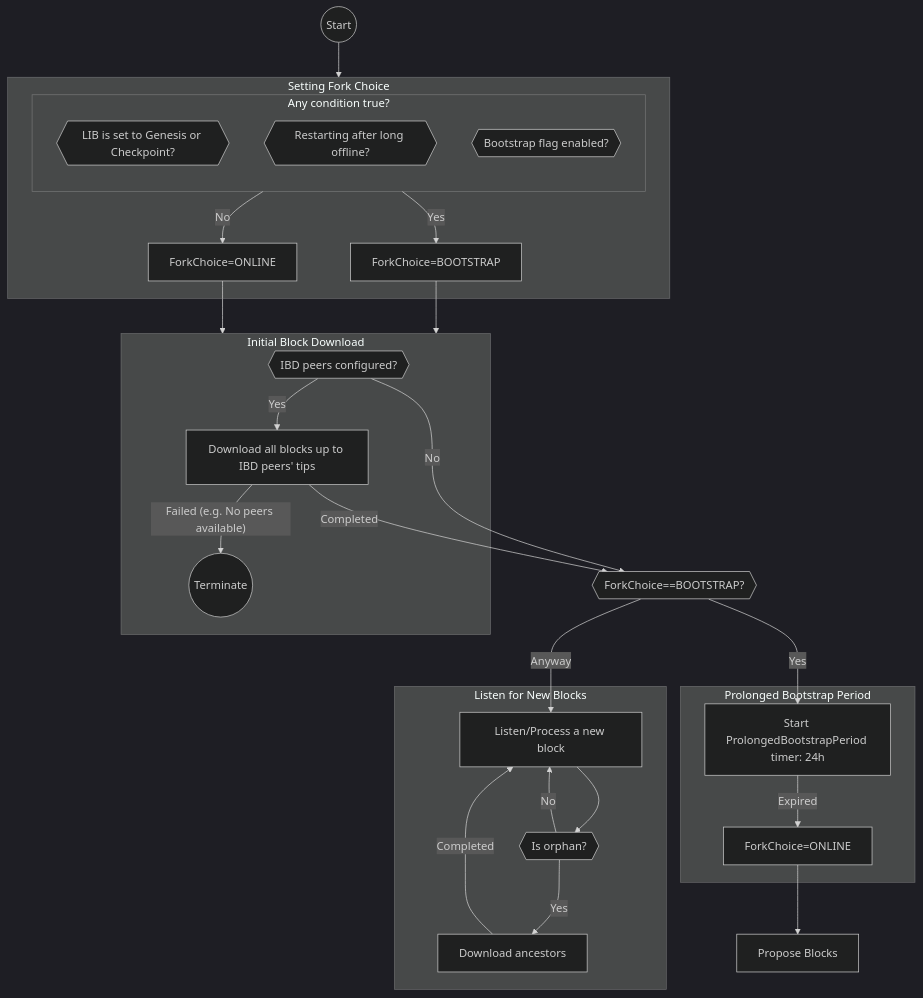
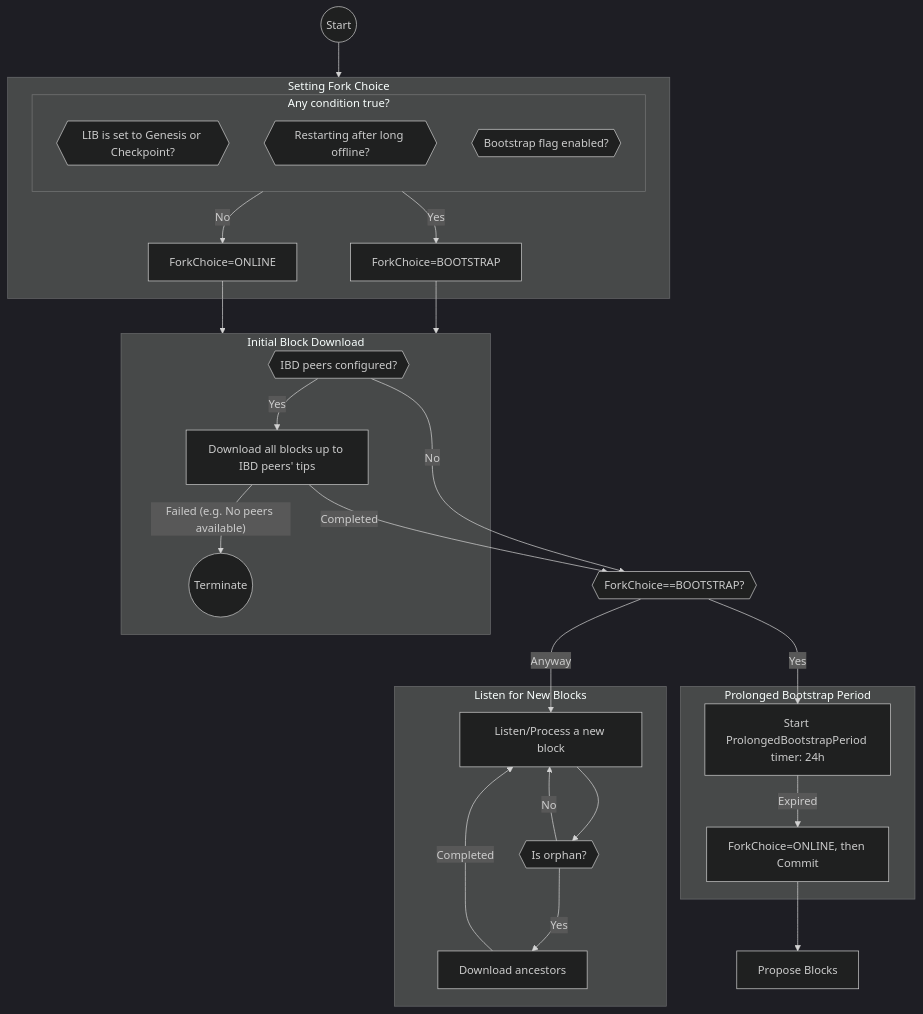
The first of 2 diagrams in docs/blockchain/raw/cryptarchia-v1-bootstr-sync.md (logos-co/logos-lips), drawn with Mermaid (dark theme) before and after one commit. The commit also changed other lines of this file and 2 other files, not shown here.

Commit message:
docs(blockchain): run commit at the switch to the Online rule

````diff
--- a/docs/blockchain/raw/cryptarchia-v1-bootstr-sync.md
+++ b/docs/blockchain/raw/cryptarchia-v1-bootstr-sync.md
@@ -57,36 +58,36 @@
 ```mermaid
 flowchart TD
     Start@{shape: circle, label: "Start"} --> SettingForkChoice
     subgraph SettingForkChoice[Setting Fork Choice]
         subgraph CheckBoostrap[Any condition true?]
             direction TB
             Cond1{{LIB is set to Genesis or Checkpoint?}}
             Cond2{{Restarting after long offline?}}
             Cond3{{Bootstrap flag enabled?}}
         end
     CheckBoostrap -->|Yes| SetBootstrap[ForkChoice=BOOTSTRAP]
     CheckBoostrap -->|No| SetOnline[ForkChoice=ONLINE]
     end
 
     SetBootstrap --> IBD
     SetOnline --> IBD
     subgraph IBD[Initial Block Download]
       IBDPeersConfigured{{IBD peers configured?}} --> |Yes|DownloadUpToTips
         DownloadUpToTips[Download all blocks up to IBD peers' tips] --> |"Failed (e.g. No peers available)"| Terminate@{shape: circle, label: "Terminate"}
     end
     IBDPeersConfigured --> |No|IsBootstrapRule
     DownloadUpToTips -->|Completed|IsBootstrapRule
     IsBootstrapRule{{ForkChoice==BOOTSTRAP?}}
     IsBootstrapRule -->|Yes|StartBootstrapPeriod
     IsBootstrapRule -->|Anyway|NewBlocks
     subgraph Prolonged Bootstrap Period
-        StartBootstrapPeriod[Start ProlongedBootstrapPeriod timer: 24h] --> |Expired|SetOnlineAfterBootstrap[ForkChoice=ONLINE]
+        StartBootstrapPeriod[Start ProlongedBootstrapPeriod timer: 24h] --> |Expired|SetOnlineAfterBootstrap["ForkChoice=ONLINE, then Commit"]
     end
     SetOnlineAfterBootstrap --> ProposeBlocks[Propose Blocks]
     subgraph ListenNewBlocks[Listen for New Blocks]
         NewBlocks[Listen/Process a new block] --> CheckOrphan{{Is orphan?}}
         CheckOrphan -->|Yes| HandleOrphan[Download ancestors]
         CheckOrphan -->|No| NewBlocks
         HandleOrphan --> |Completed|NewBlocks
     end
 ```
````
